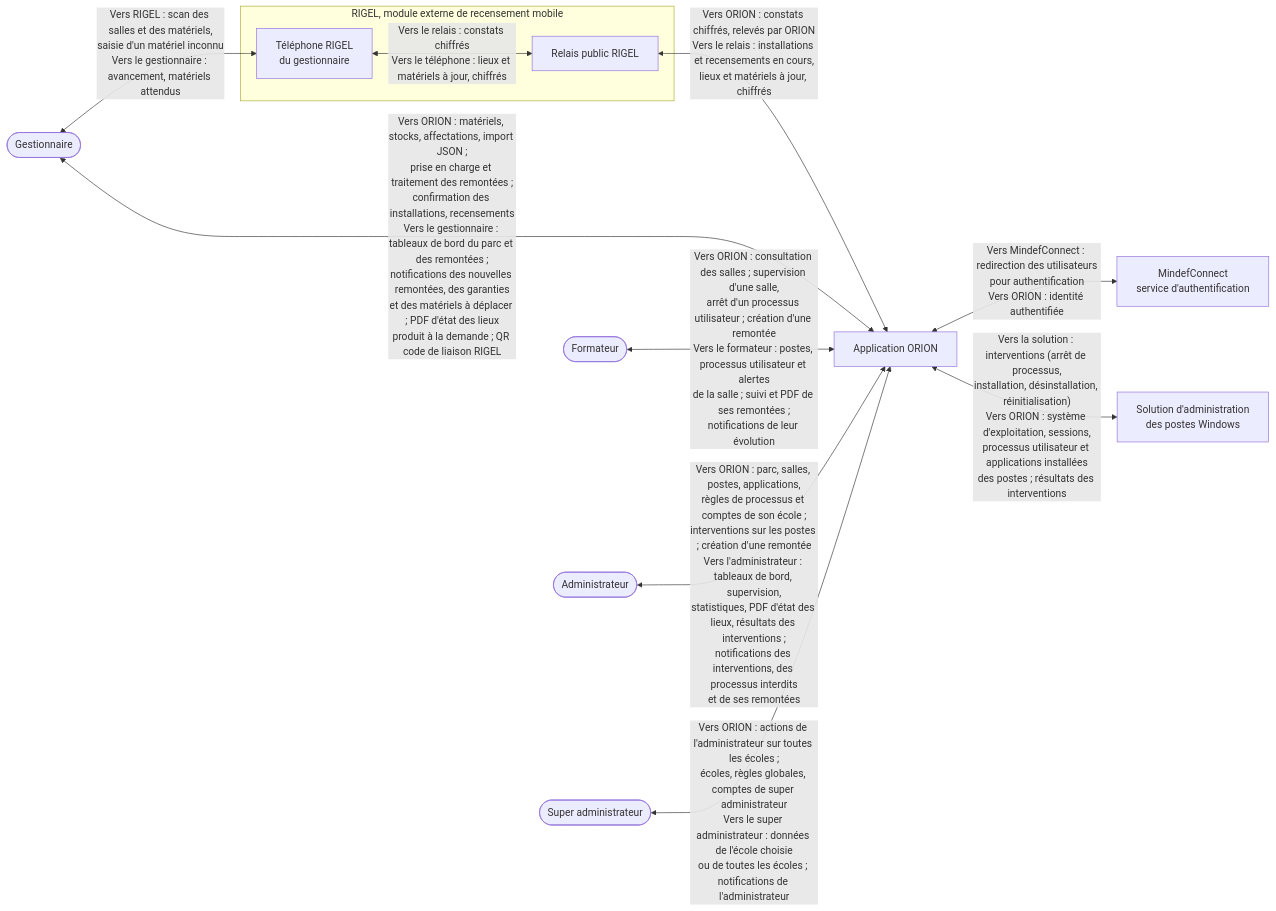
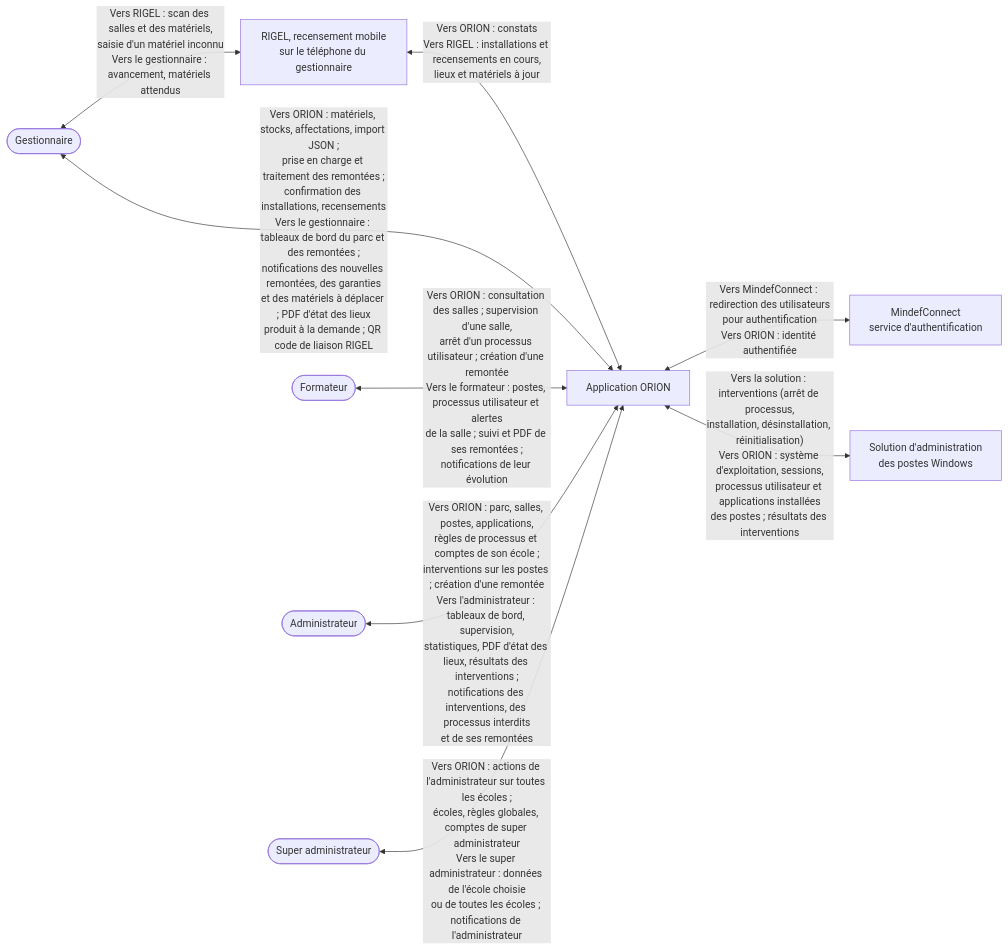
The diagram in docs/02-ANALYSE/01-MODELISATION-METIER/06-DIAGRAMME-CONTEXTE.md (bpierrelouis/aster), drawn with Mermaid before and after one commit. The commit also changed other lines of this file and 12 other files, not shown here.

First line of the commit message:
docs: présenter RIGEL selon l'architecture cible

````diff
--- a/docs/02-ANALYSE/01-MODELISATION-METIER/06-DIAGRAMME-CONTEXTE.md
+++ b/docs/02-ANALYSE/01-MODELISATION-METIER/06-DIAGRAMME-CONTEXTE.md
@@ -9,26 +9,22 @@
 ```mermaid
 flowchart LR
     gestionnaire(["Gestionnaire"])
     formateur(["Formateur"])
     administrateur(["Administrateur"])
     superadmin(["Super administrateur"])
-    subgraph rigel["RIGEL, module externe de recensement mobile"]
-        telephone["Téléphone RIGEL<br/>du gestionnaire"]
-        relais["Relais public RIGEL"]
-    end
+    telephone["RIGEL, recensement mobile<br/>sur le téléphone du gestionnaire"]
     orion["Application ORION"]
     mindefconnect["MindefConnect<br/>service d'authentification"]
     administrationPostes["Solution d'administration<br/>des postes Windows"]
 
     gestionnaire <-->|"Vers RIGEL : scan des salles et des matériels,<br/>saisie d'un matériel inconnu<br/>Vers le gestionnaire : avancement, matériels attendus"| telephone
-    telephone <-->|"Vers le relais : constats chiffrés<br/>Vers le téléphone : lieux et matériels à jour, chiffrés"| relais
-    relais <-->|"Vers ORION : constats chiffrés, relevés par ORION<br/>Vers le relais : installations et recensements en cours,<br/>lieux et matériels à jour, chiffrés"| orion
+    telephone <-->|"Vers ORION : constats<br/>Vers RIGEL : installations et recensements en cours,<br/>lieux et matériels à jour"| orion
 
     gestionnaire <-->|"Vers ORION : matériels, stocks, affectations, import JSON ;<br/>prise en charge et traitement des remontées ;<br/>confirmation des installations, recensements<br/>Vers le gestionnaire : tableaux de bord du parc et des remontées ;<br/>notifications des nouvelles remontées, des garanties<br/>et des matériels à déplacer ; PDF d'état des lieux<br/>produit à la demande ; QR code de liaison RIGEL"| orion
     formateur <-->|"Vers ORION : consultation des salles ; supervision d'une salle,<br/>arrêt d'un processus utilisateur ; création d'une remontée<br/>Vers le formateur : postes, processus utilisateur et alertes<br/>de la salle ; suivi et PDF de ses remontées ;<br/>notifications de leur évolution"| orion
     administrateur <-->|"Vers ORION : parc, salles, postes, applications,<br/>règles de processus et comptes de son école ;<br/>interventions sur les postes ; création d'une remontée<br/>Vers l'administrateur : tableaux de bord, supervision,<br/>statistiques, PDF d'état des lieux, résultats des interventions ;<br/>notifications des interventions, des processus interdits<br/>et de ses remontées"| orion
     superadmin <-->|"Vers ORION : actions de l'administrateur sur toutes les écoles ;<br/>écoles, règles globales, comptes de super administrateur<br/>Vers le super administrateur : données de l'école choisie<br/>ou de toutes les écoles ; notifications de l'administrateur"| orion
 
     orion <-->|"Vers MindefConnect : redirection des utilisateurs<br/>pour authentification<br/>Vers ORION : identité authentifiée"| mindefconnect
     orion <-->|"Vers la solution : interventions (arrêt de processus,<br/>installation, désinstallation, réinitialisation)<br/>Vers ORION : système d'exploitation, sessions,<br/>processus utilisateur et applications installées<br/>des postes ; résultats des interventions"| administrationPostes
 ```
````
